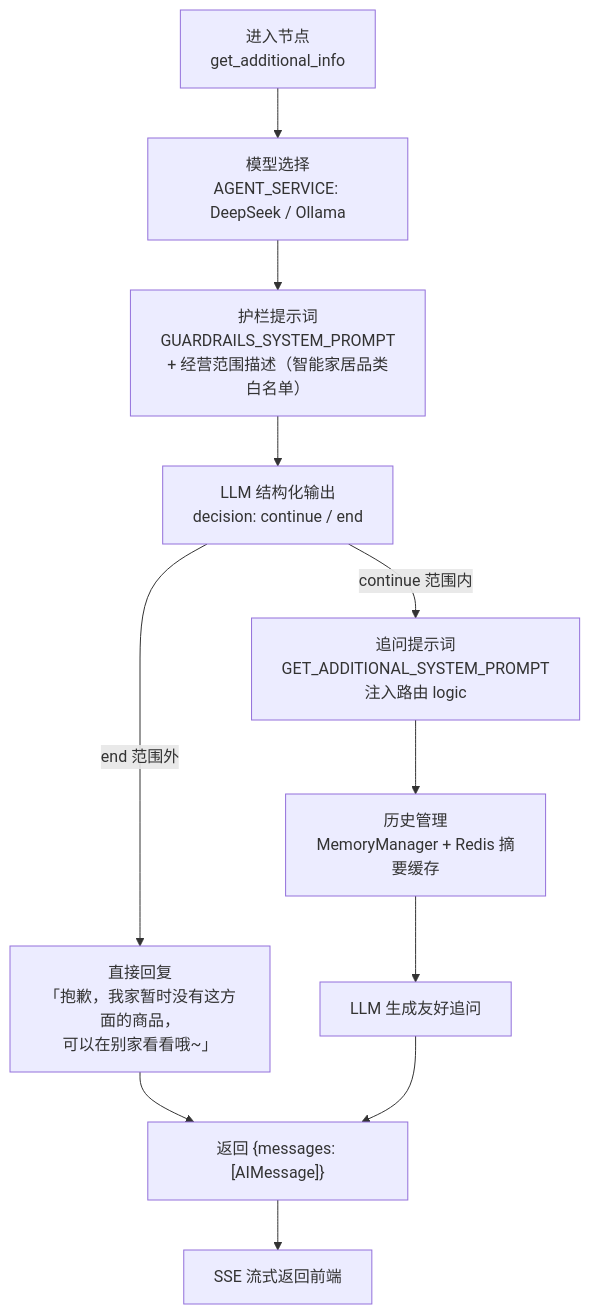
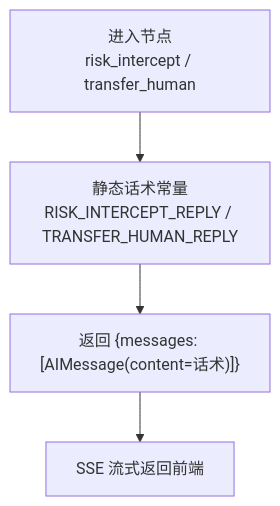
Before and after one commit to blowt16/SmartCS-Agent: the tenth of 15 diagrams in docs/PROJECT_ANALYSIS.md, drawn with Mermaid. The commit also changed other lines of this file, not shown here.

First line of the commit message:
docs: PROJECT_ANALYSIS 更新意图识别现状——三维合并路由、7 分支流程、占位节点与评测

````diff
--- a/docs/PROJECT_ANALYSIS.md
+++ b/docs/PROJECT_ANALYSIS.md
@@ -507,13 +535,6 @@
 ```mermaid
 flowchart TD
-    A["进入节点<br/>get_additional_info"] --> B["模型选择<br/>AGENT_SERVICE: DeepSeek / Ollama"]
-    B --> C["护栏提示词<br/>GUARDRAILS_SYSTEM_PROMPT<br/>+ 经营范围描述（智能家居品类白名单）"]
-    C --> D["LLM 结构化输出<br/>decision: continue / end"]
-    D -->|"end 范围外"| E["直接回复<br/>「抱歉，我家暂时没有这方面的商品，<br/>可以在别家看看哦~」"]
-    D -->|"continue 范围内"| F["追问提示词<br/>GET_ADDITIONAL_SYSTEM_PROMPT<br/>注入路由 logic"]
-    F --> G["历史管理<br/>MemoryManager + Redis 摘要缓存"]
-    G --> H["LLM 生成友好追问"]
-    E --> I["返回 {messages: [AIMessage]}"]
-    H --> I
-    I --> J["SSE 流式返回前端"]
+    A["进入节点<br/>risk_intercept / transfer_human"] --> B["静态话术常量<br/>RISK_INTERCEPT_REPLY / TRANSFER_HUMAN_REPLY"]
+    B --> C["返回 {messages: [AIMessage(content=话术)]}"]
+    C --> D["SSE 流式返回前端"]
 ```
````
